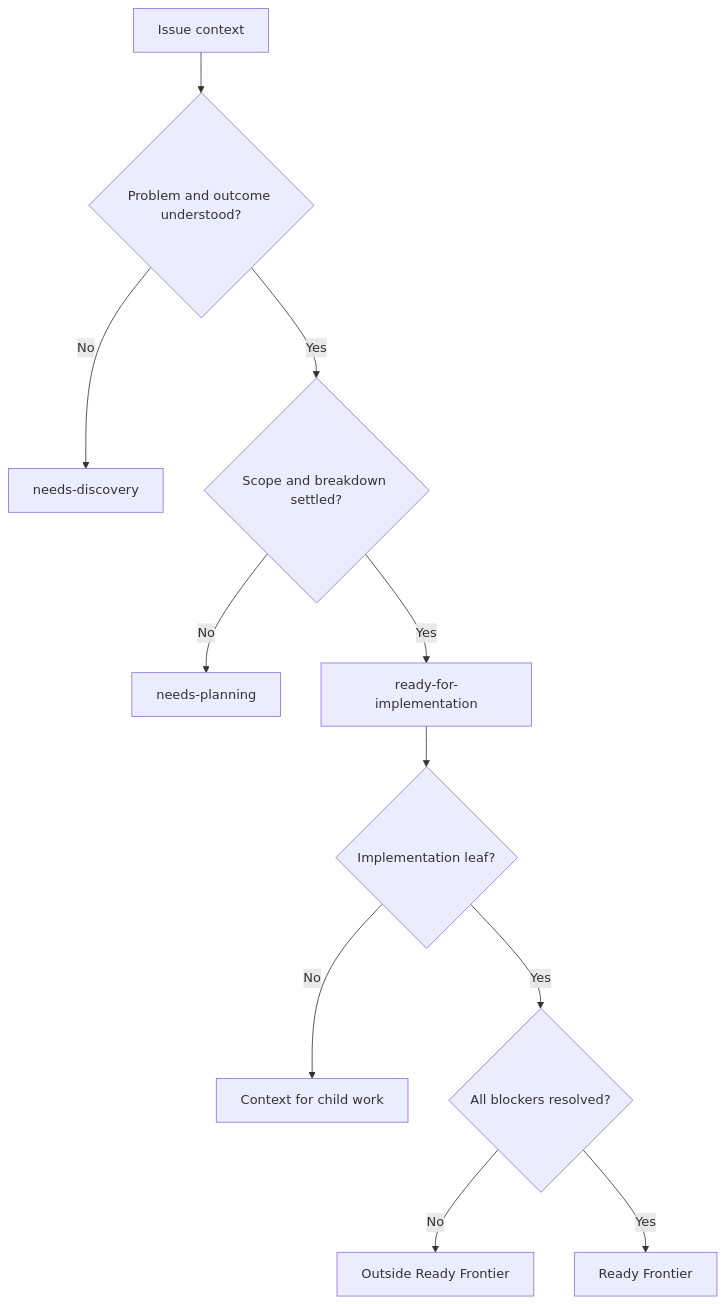
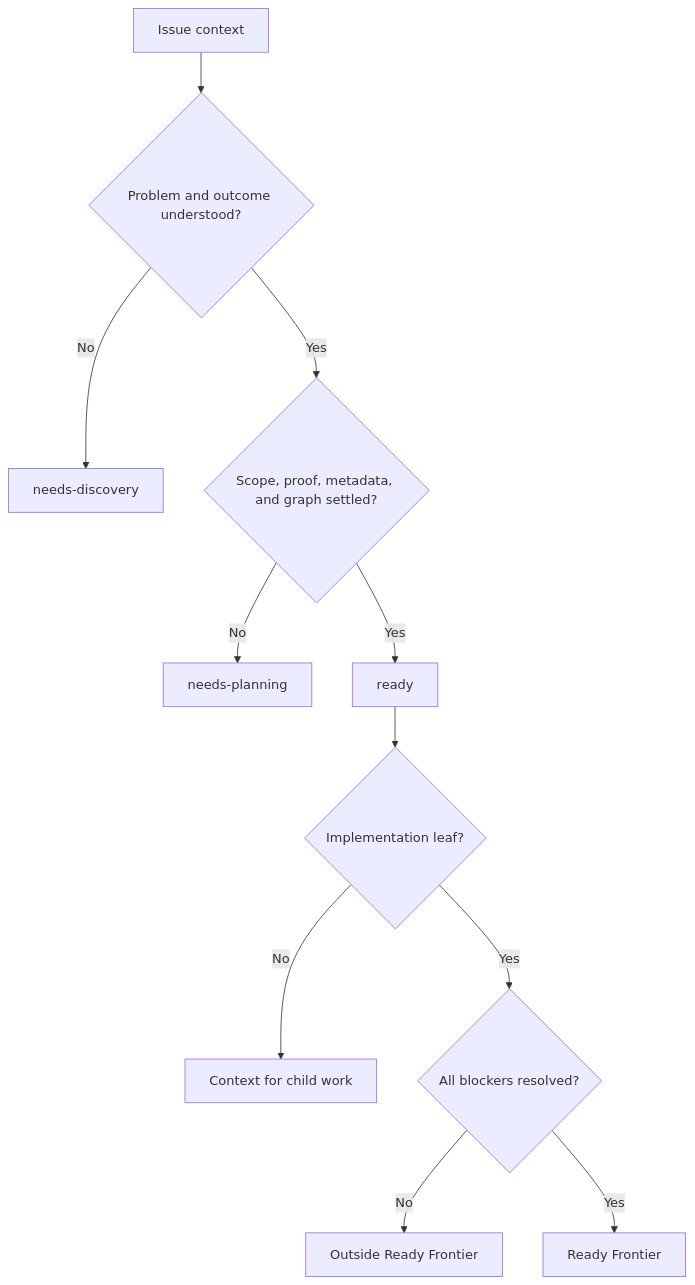
Before and after one commit to jrgilbertson/the-rookery: the first of 4 diagrams in plans/2026-08-14-1227-refactor-simplify-managing-issues-plan.md, drawn with Mermaid. The commit also changed other lines of this file and 27 other files, not shown here.

````diff
--- a/plans/2026-08-14-1227-refactor-simplify-managing-issues-plan.md
+++ b/plans/2026-08-14-1227-refactor-simplify-managing-issues-plan.md
@@ -76,13 +76,13 @@
 ```mermaid
 flowchart TB
   I[Issue context] --> D{Problem and outcome understood?}
   D -->|No| ND[needs-discovery]
-  D -->|Yes| P{Scope and breakdown settled?}
+  D -->|Yes| P{Scope, proof, metadata, and graph settled?}
   P -->|No| NP[needs-planning]
-  P -->|Yes| RI[ready-for-implementation]
+  P -->|Yes| RI[ready]
   RI --> L{Implementation leaf?}
   L -->|No| C[Context for child work]
   L -->|Yes| B{All blockers resolved?}
   B -->|No| NF[Outside Ready Frontier]
   B -->|Yes| RF[Ready Frontier]
 ```
````
